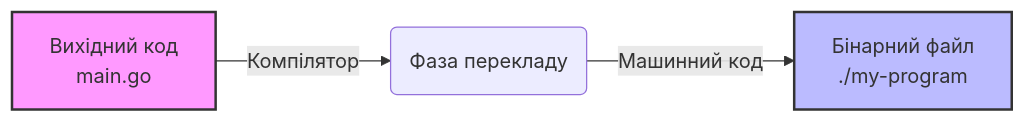
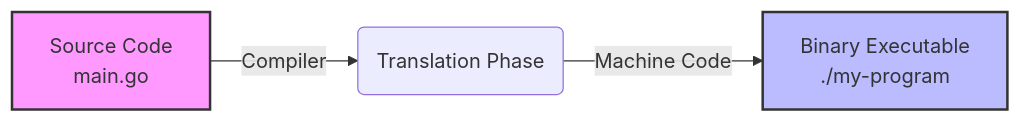
Before and after one commit to kube-dojo/kube-dojo: the first of 2 diagrams in src/content/docs/uk/prerequisites/zero-to-terminal/module-0.9-software-and-packages.md, drawn with Mermaid. The commit also changed other lines of this file and 8 other files, not shown here.

````diff
--- a/src/content/docs/uk/prerequisites/zero-to-terminal/module-0.9-software-and-packages.md
+++ b/src/content/docs/uk/prerequisites/zero-to-terminal/module-0.9-software-and-packages.md
@@ -92,8 +75,8 @@
 ```mermaid
 flowchart LR
-    A[Вихідний код<br>main.go] -->|Компілятор| B(Фаза перекладу)
-    B -->|Машинний код| C[Бінарний файл<br>./my-program]
-    
+    A["Source Code<br/>main.go"] -->|Compiler| B(Translation Phase)
+    B -->|Machine Code| C["Binary Executable<br/>./my-program"]
+
     style A fill:#f9f,stroke:#333,stroke-width:2px
     style C fill:#bbf,stroke:#333,stroke-width:2px
 ```
````
